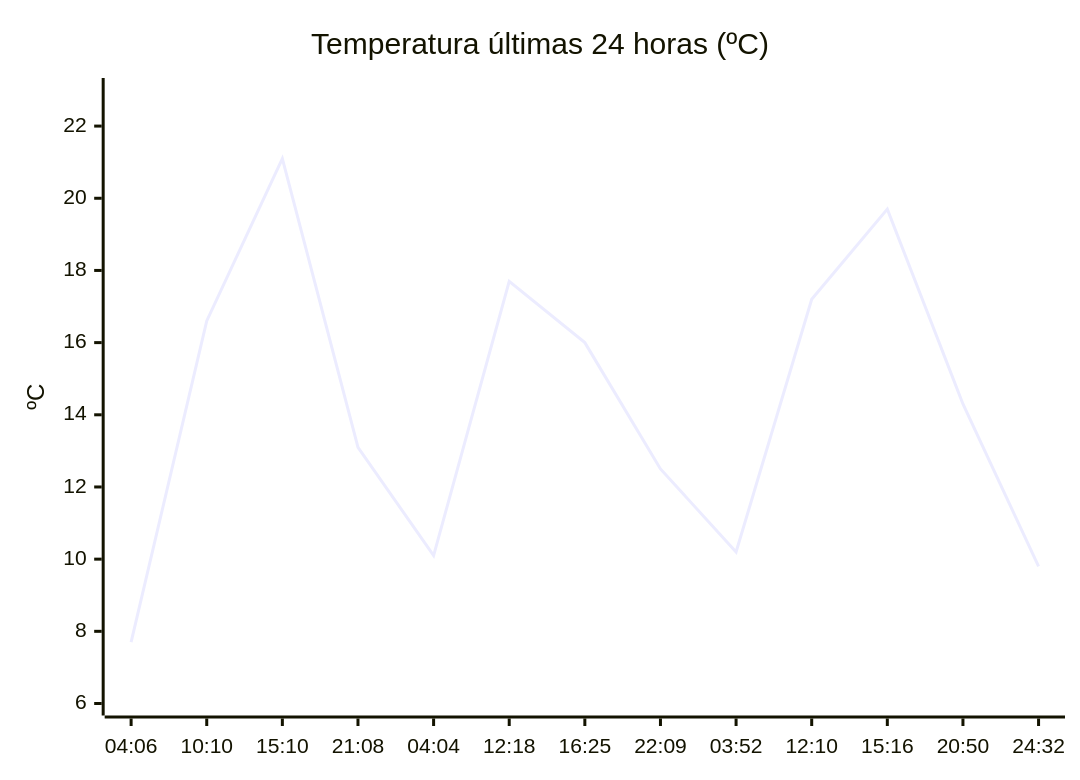
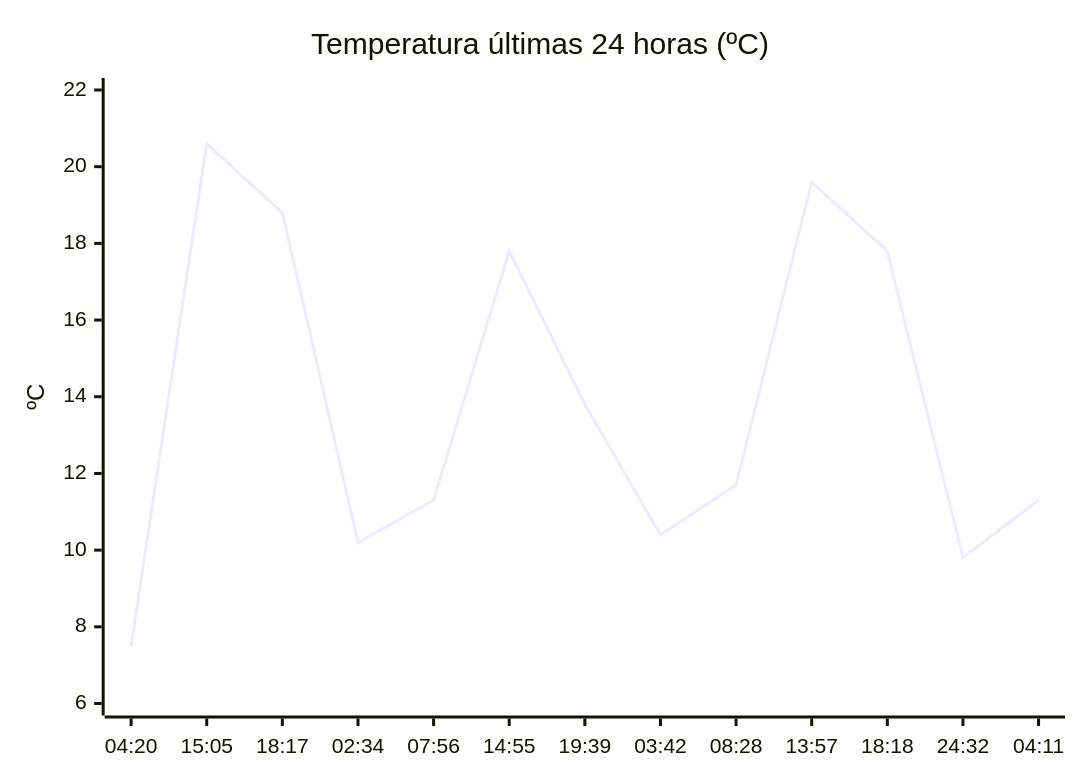
The diagram in README.md (solidsnk86/rem-scrap), drawn with Mermaid before and after one commit. The commit also changed other lines of this file, not shown here.

````diff
--- a/README.md
+++ b/README.md
@@ -28,7 +28,7 @@
 ```mermaid
 xychart-beta
     title "Temperatura últimas 24 horas (ºC)"
-    x-axis ["04:06", "10:10", "15:10", "21:08", "04:04", "12:18", "16:25", "22:09", "03:52", "12:10", "15:16", "20:50", "24:32"]
-    y-axis "ºC" 6 --> 23
-    line [7.7, 16.6, 21.1, 13.1, 10.1, 17.7, 16, 12.5, 10.2, 17.2, 19.7, 14.3, 9.8]
+    x-axis ["04:20", "15:05", "18:17", "02:34", "07:56", "14:55", "19:39", "03:42", "08:28", "13:57", "18:18", "24:32", "04:11"]
+    y-axis "ºC" 6 --> 22
+    line [7.5, 20.6, 18.8, 10.2, 11.3, 17.8, 13.8, 10.4, 11.7, 19.6, 17.8, 9.8, 11.3]
 ```
````
